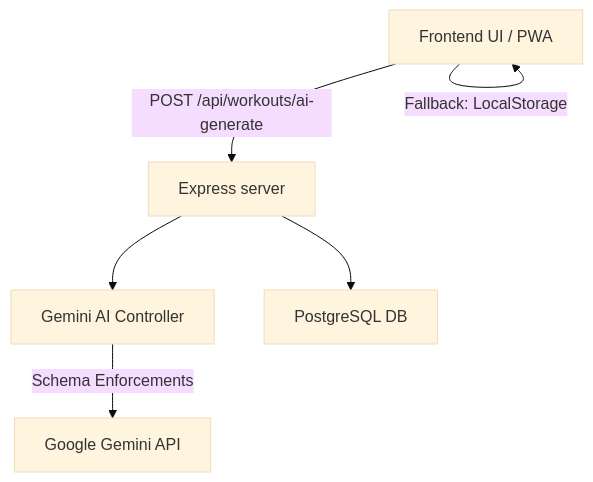
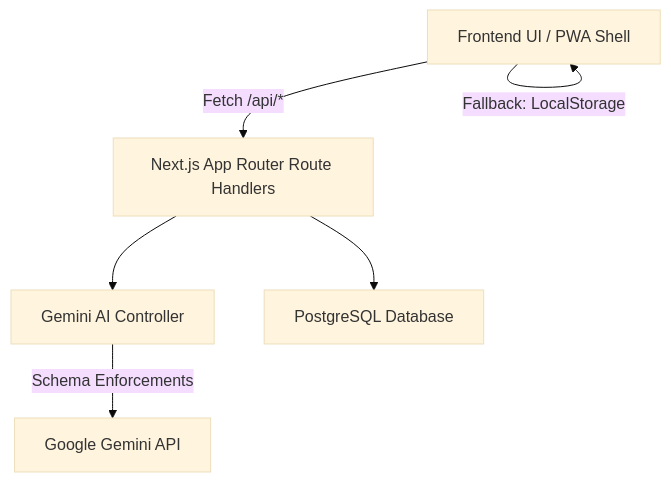
Before and after one commit to BharatBhargava01/forgeFit: the diagram in README.md, drawn with Mermaid (base theme). The commit also changed other lines of this file and 55 other files, not shown here.

Commit message:
feat: migrate backend and frontend to Next.js and Tailwind CSS with PWA support

````diff
--- a/README.md
+++ b/README.md
@@ -31,9 +31,9 @@
 ```mermaid
 graph TD
-  A[Frontend UI / PWA] -->|Service Worker Cache| A
-  A -->|POST /api/workouts/ai-generate| B[Express server]
+  A[Frontend UI / PWA Shell] -->|Service Worker Cache| A
+  A -->|Fetch /api/*| B[Next.js App Router Route Handlers]
   B --> C[Gemini AI Controller]
   C -->|Schema Enforcements| D[Google Gemini API]
-  B --> E[PostgreSQL DB]
+  B --> E[PostgreSQL Database]
   A -->|Fallback: LocalStorage| A
 ```
````
